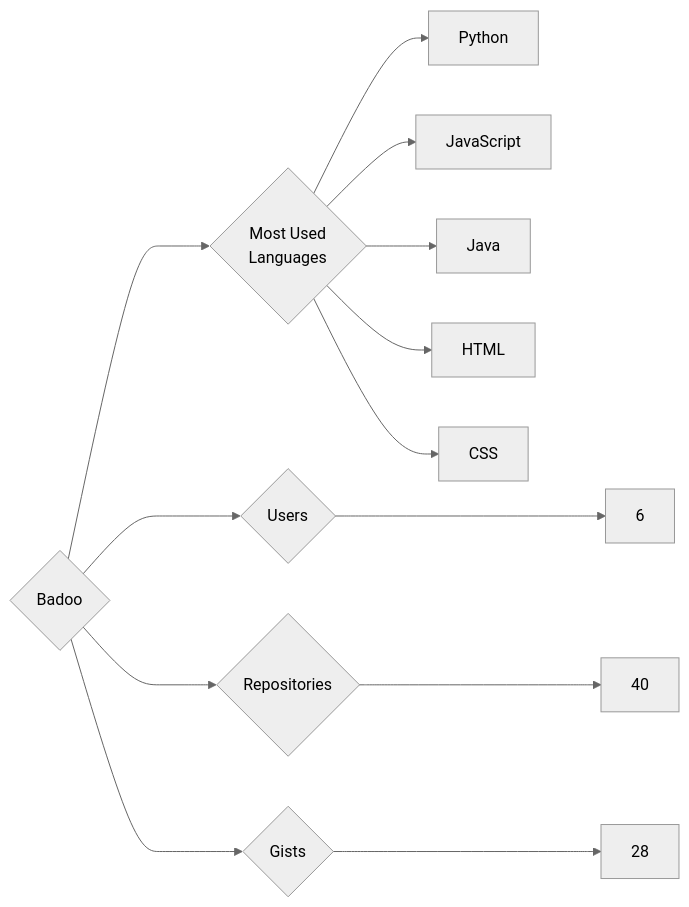
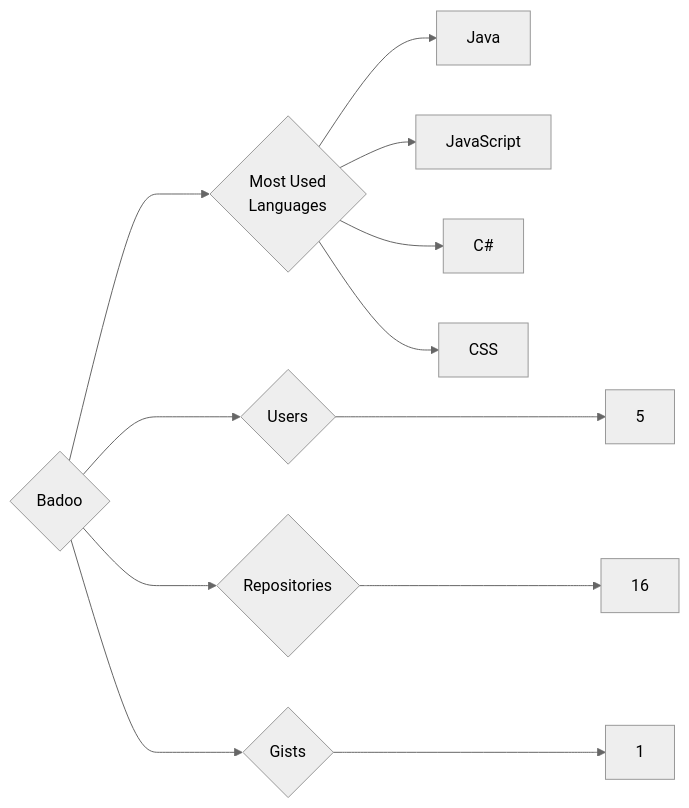
Before and after one commit to trickest/insiders: the diagram in targets/Badoo/README.md, drawn with Mermaid (neutral theme). The commit also changed 724 other files, not shown here.

````diff
--- a/targets/Badoo/README.md
+++ b/targets/Badoo/README.md
@@ -3,13 +3,12 @@
 ```mermaid
 graph LR
 COMPANY_NAME{Badoo}
-COMPANY_NAME ---> U{Users} ---> UN[6]
-COMPANY_NAME ---> R{Repositories} ---> RN[40]
-COMPANY_NAME ---> G{Gists} ---> GN[28]
+COMPANY_NAME ---> U{Users} ---> UN[5]
+COMPANY_NAME ---> R{Repositories} ---> RN[16]
+COMPANY_NAME ---> G{Gists} ---> GN[1]
 COMPANY_NAME ---> ML{Most Used<br>Languages}
-ML --> Python[Python]
+ML --> Java[Java]
 ML --> JavaScript[JavaScript]
-ML --> Java[Java]
-ML --> HTML[HTML]
+ML --> C#[C#]
 ML --> CSS[CSS]
 ```
````
